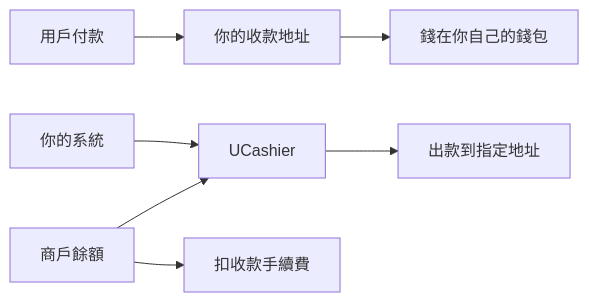
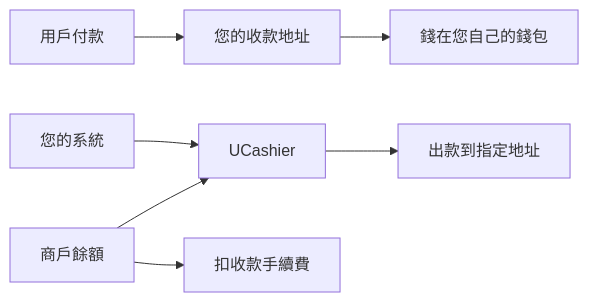
The second of 2 diagrams in README.zh-TW.md (ucashier/ucashier-usdt-pay), drawn with Mermaid before and after one commit. The commit also changed other lines of this file and 2 other files, not shown here.

````diff
--- a/README.zh-TW.md
+++ b/README.zh-TW.md
@@ -57,9 +57,9 @@
 ```mermaid
 flowchart LR
-  User[用戶付款] --> Wallet[你的收款地址]
-  Wallet --> You[錢在你自己的錢包]
-  Biz[你的系統] --> UC[UCashier]
+  User[用戶付款] --> Wallet[您的收款地址]
+  Wallet --> You[錢在您自己的錢包]
+  Biz[您的系統] --> UC[UCashier]
   Bal[商戶餘額] --> Fee[扣收款手續費]
   Bal --> UC
   UC --> Payout[出款到指定地址]
 ```
````
